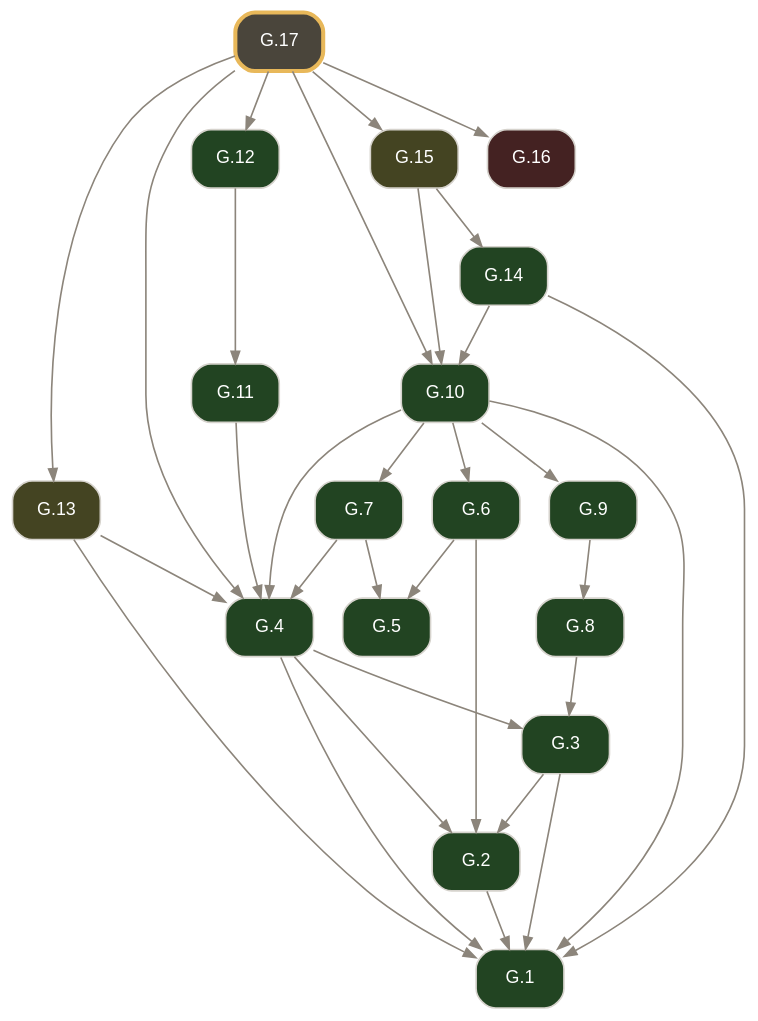
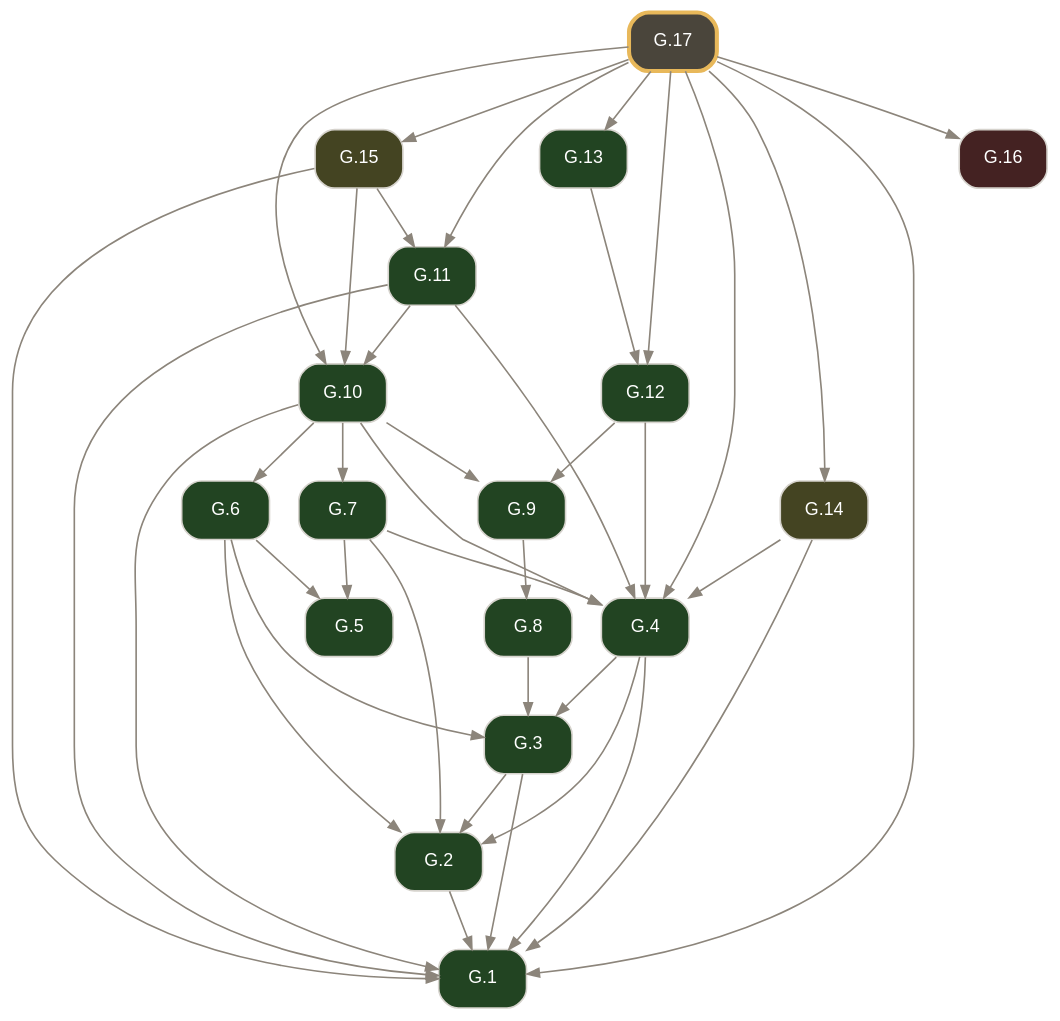
The diagram in docsrc/elements2/G.17/index.rst (geometor/elements), drawn with Graphviz before and after one commit. The commit also changed other lines of this file and 1276 other files, not shown here.

```diff
--- a/docsrc/elements2/G.17/index.rst
+++ b/docsrc/elements2/G.17/index.rst
@@ -88,56 +77,64 @@
 .. graphviz::
 
    digraph {
      bgcolor="transparent";
      node [shape=box, style="rounded,filled", fontname="Helvetica", fontsize=11, color="#d6d3cd", fontcolor="#ffffff"];
      edge [color="#8c857b", fontcolor="#8c857b", arrowsize=0.75];
      rankdir="TB";
      "G.1" [label="G.1", tooltip="G.1 (I.def.1): A point A is that which has no part.", fillcolor="#224422", URL="../G.1/index.html", target="_top"];
      "G.2" [label="G.2", tooltip="G.2 (I.def.2): A line [ A B ] is a projection of a relationship of two points A, B.", fillcolor="#224422", URL="../G.2/index.html", target="_top"];
      "G.3" [label="G.3", tooltip="G.3 (I.def.3): The extremities of a segment / A B / are points A, B.", fillcolor="#224422", URL="../G.3/index.html", target="_top"];
      "G.4" [label="G.4", tooltip="G.4 (I.def.4): A segment / A B / is a portion of a line [ A B ] between two points A, B on the line.", fillcolor="#224422", URL="../G.4/index.html", target="_top"];
      "G.5" [label="G.5", tooltip="G.5 (I.def.5): A surface is that which has length and breadth only.", fillcolor="#224422", URL="../G.5/index.html", target="_top"];
      "G.6" [label="G.6", tooltip="G.6 (I.def.6): The extremities of a surface are lines or arcs.", fillcolor="#224422", URL="../G.6/index.html", target="_top"];
      "G.7" [label="G.7", tooltip="G.7 (I.def.7): A plane surface lies evenly with the lines on itself.", fillcolor="#224422", URL="../G.7/index.html", target="_top"];
      "G.8" [label="G.8", tooltip="G.8 (I.def.13): A boundary is the extremity of anything.", fillcolor="#224422", URL="../G.8/index.html", target="_top"];
      "G.9" [label="G.9", tooltip="G.9 (I.def.14): A figure is that which is contained by any boundary or boundaries.", fillcolor="#224422", URL="../G.9/index.html", target="_top"];
      "G.10" [label="G.10", tooltip="G.10 (I.def.15): A circle ( A B ) is a plane figure contained by one arc defined by a center A and a point B establishing its defining radius / A B /, such that all segments / A B /, / A C /, / A D...", fillcolor="#224422", URL="../G.10/index.html", target="_top"];
-     "G.11" [label="G.11", tooltip="G.11 (I.def.19): Rectilineal figures are contained by segments: trilateral by three, quadrilateral by four, and multilateral by more than four.", fillcolor="#224422", URL="../G.11/index.html", target="_top"];
-     "G.12" [label="G.12", tooltip="G.12 (I.def.20): Of trilateral figures, an equilateral triangle < A B C > has three equal sides, an isosceles triangle < D E F > has two equal sides, and a scalene triangle < G H K > has three uneq...", fillcolor="#224422", URL="../G.12/index.html", target="_top"];
-     "G.13" [label="G.13", tooltip="G.13 (I.post.1): Construct a segment / A B / between any two points A, B.", fillcolor="#444422", URL="../G.13/index.html", target="_top"];
-     "G.14" [label="G.14", tooltip="G.14 (I.def.16): The point A within the circle ( A B ) from which all segments / A B /, / A C / to the arc are equal is called the center of the circle.", fillcolor="#224422", URL="../G.14/index.html", target="_top"];
+     "G.11" [label="G.11", tooltip="G.11 (I.def.16): The point A within the circle ( A B ) from which all segments / A B /, / A C / to the arc are equal is called the center of the circle.", fillcolor="#224422", URL="../G.11/index.html", target="_top"];
+     "G.12" [label="G.12", tooltip="G.12 (I.def.19): Rectilineal figures are contained by segments: trilateral by three, quadrilateral by four, and multilateral by more than four.", fillcolor="#224422", URL="../G.12/index.html", target="_top"];
+     "G.13" [label="G.13", tooltip="G.13 (I.def.20): Of trilateral figures, an equilateral triangle < A B C > has three equal sides, an isosceles triangle < D E F > has two equal sides, and a scalene triangle < G H K > has three uneq...", fillcolor="#224422", URL="../G.13/index.html", target="_top"];
+     "G.14" [label="G.14", tooltip="G.14 (I.post.1): Construct a segment / A B / between any two points A, B.", fillcolor="#444422", URL="../G.14/index.html", target="_top"];
      "G.15" [label="G.15", tooltip="G.15 (I.post.3): Construct a circle ( A B ) with center A and defining radius point B.", fillcolor="#444422", URL="../G.15/index.html", target="_top"];
      "G.16" [label="G.16", tooltip="G.16 (I.cn.1): Things equal to the same thing are equal to one another.", fillcolor="#442222", URL="../G.16/index.html", target="_top"];
      "G.17" [label="G.17", tooltip="G.17 (I.1): Construct an equilateral triangle on a given segment.", penwidth=2.5, color="#e8b85a", fillcolor="#4a453b", URL="index.html", target="_top"];
      "G.2" -> "G.1";
      "G.3" -> "G.1";
      "G.4" -> "G.1";
      "G.10" -> "G.1";
-     "G.13" -> "G.1";
+     "G.11" -> "G.1";
      "G.14" -> "G.1";
+     "G.15" -> "G.1";
+     "G.17" -> "G.1";
      "G.3" -> "G.2";
      "G.4" -> "G.2";
      "G.6" -> "G.2";
+     "G.7" -> "G.2";
      "G.4" -> "G.3";
+     "G.6" -> "G.3";
      "G.8" -> "G.3";
      "G.7" -> "G.4";
      "G.10" -> "G.4";
      "G.11" -> "G.4";
-     "G.13" -> "G.4";
+     "G.12" -> "G.4";
+     "G.14" -> "G.4";
      "G.17" -> "G.4";
      "G.6" -> "G.5";
      "G.7" -> "G.5";
      "G.10" -> "G.6";
      "G.10" -> "G.7";
      "G.9" -> "G.8";
      "G.10" -> "G.9";
-     "G.14" -> "G.10";
+     "G.12" -> "G.9";
+     "G.11" -> "G.10";
      "G.15" -> "G.10";
      "G.17" -> "G.10";
-     "G.12" -> "G.11";
+     "G.15" -> "G.11";
+     "G.17" -> "G.11";
+     "G.13" -> "G.12";
      "G.17" -> "G.12";
      "G.17" -> "G.13";
-     "G.15" -> "G.14";
+     "G.17" -> "G.14";
      "G.17" -> "G.15";
      "G.17" -> "G.16";
    }
```
